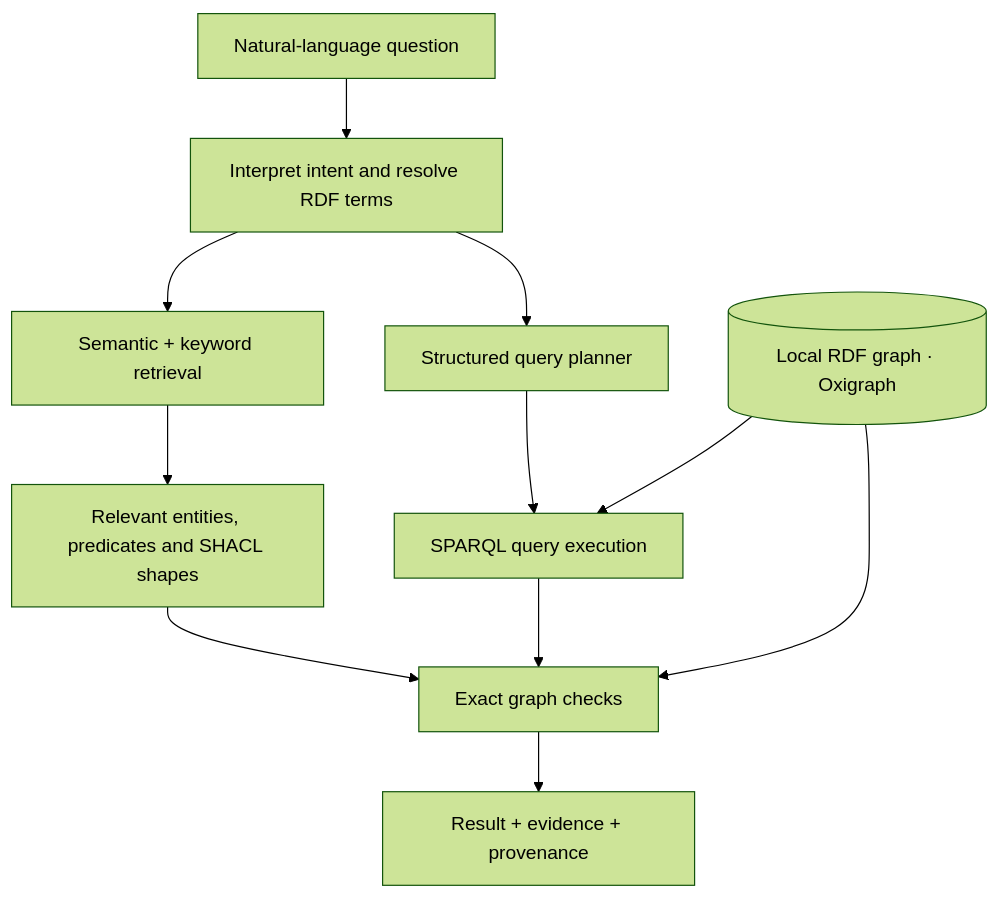
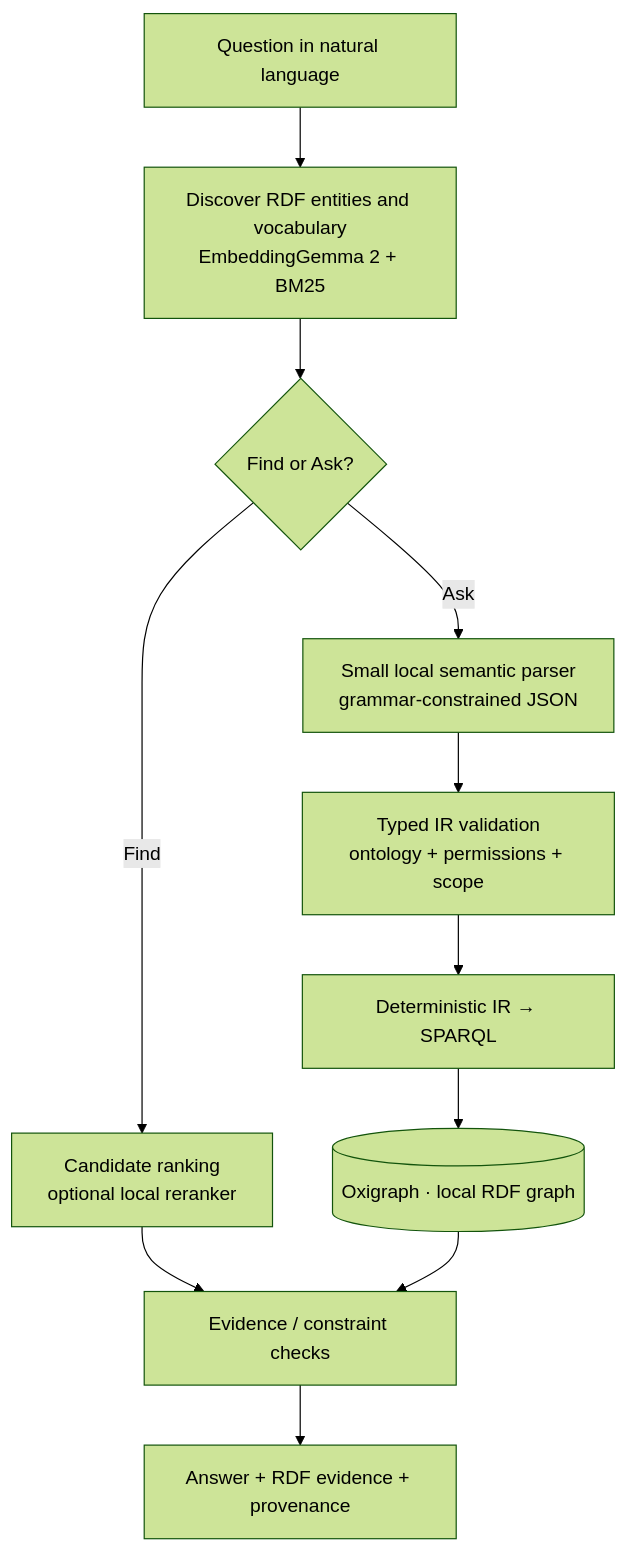
The diagram in README.md (grove/graph-verity), drawn with Mermaid (forest theme) before and after one commit. The commit also changed other lines of this file, not shown here.

Commit message:
docs: refresh README for parser-first Graph Verity MVP

````diff
--- a/README.md
+++ b/README.md
@@ -31,13 +44,13 @@
-```mermaid
+~~~mermaid
 flowchart TD
-    Q["Natural-language question"] --> U["Interpret intent and resolve RDF terms"]
-    U --> R["Semantic + keyword retrieval"]
-    U --> P["Structured query planner"]
-    R --> C["Relevant entities, predicates and SHACL shapes"]
-    C --> V["Exact graph checks"]
-    P --> S["SPARQL query execution"]
-    G[("Local RDF graph · Oxigraph")] --> S
-    G --> V
-    S --> V
-    V --> A["Result + evidence + provenance"]
-```
+    Q["Question in natural language"] --> R["Discover RDF entities and vocabulary<br/>EmbeddingGemma 2 + BM25"]
+    R --> D{"Find or Ask?"}
+    D -->|Find| C["Candidate ranking<br/>optional local reranker"]
+    D -->|Ask| P["Small local semantic parser<br/>grammar-constrained JSON"]
+    P --> T["Typed IR validation<br/>ontology + permissions + scope"]
+    T --> S["Deterministic IR → SPARQL"]
+    C --> V["Evidence / constraint checks"]
+    S --> O[("Oxigraph · local RDF graph")]
+    O --> V
+    V --> A["Answer + RDF evidence + provenance"]
+~~~
````
